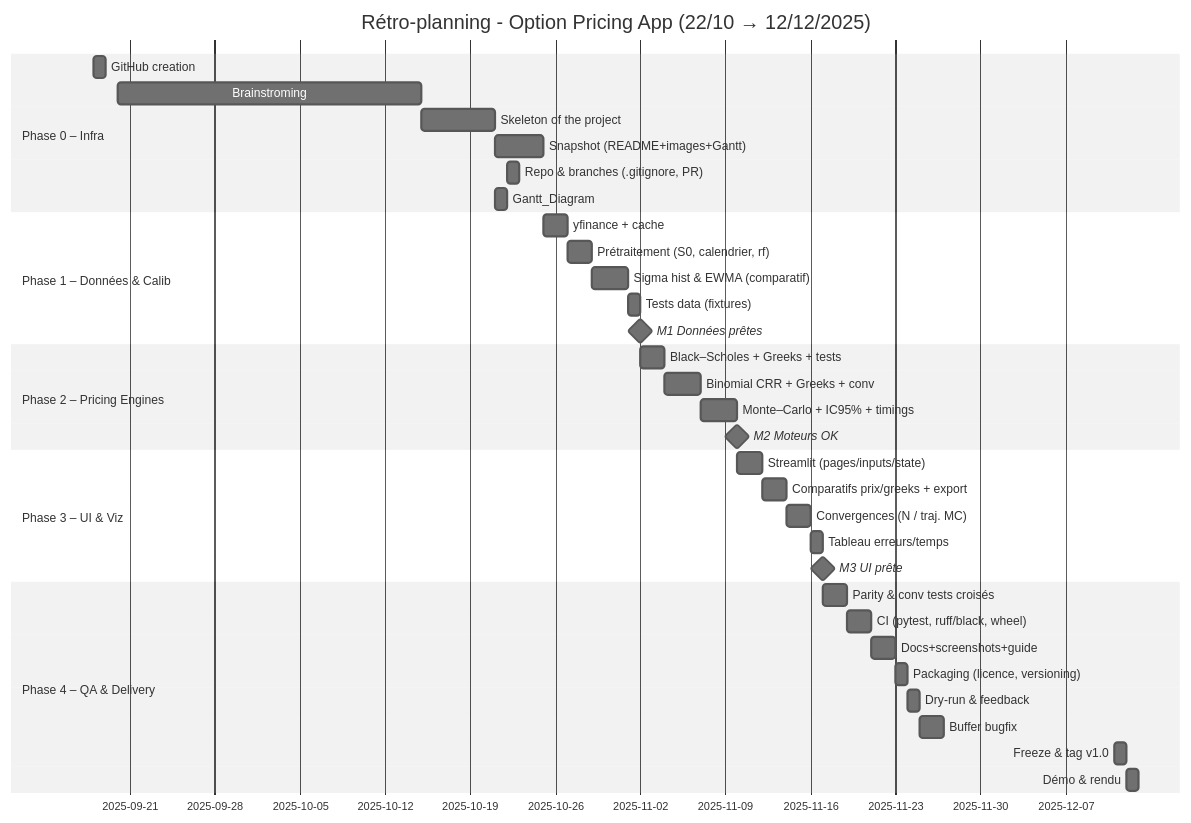
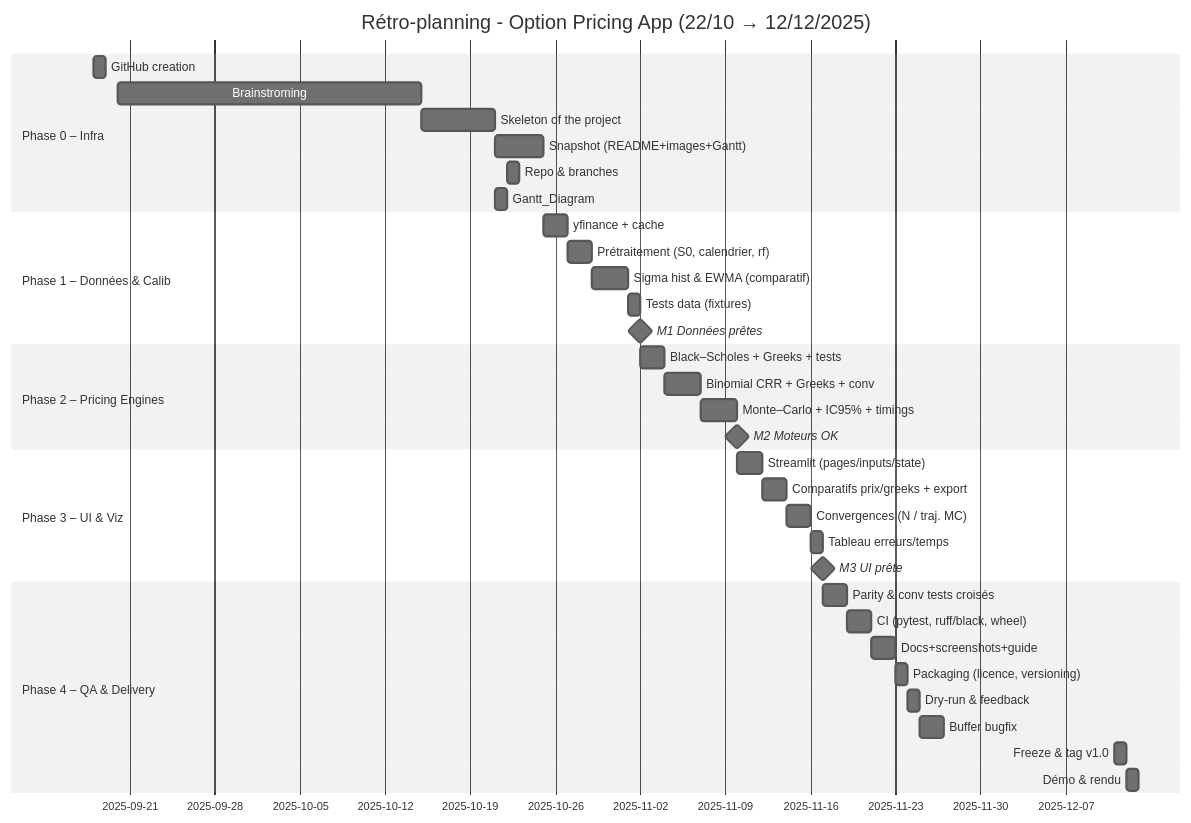
The diagram in roadmap/Gantt_Diagram.md (Karam-Benameur/stream_options), drawn with Mermaid (neutral theme) before and after one commit.

````diff
--- a/roadmap/Gantt_Diagram.md
+++ b/roadmap/Gantt_Diagram.md
@@ -1,46 +1,45 @@
 ```mermaid
 gantt
     title Rétro-planning - Option Pricing App (22/10 → 12/12/2025)
     dateFormat  YYYY-MM-DD
-    %% aucune exclusion -> pas de bandes jaunes
 
     section Phase 0 – Infra
     GitHub creation                     :s1, 2025-09-18, 1d
     Brainstroming                       :s2, 2025-09-20, 25d
     Skeleton of the project             :s3, 2025-10-15, 6d
     Snapshot (README+images+Gantt)      :s4, 2025-10-21, 4d
-    Repo & branches (.gitignore, PR)    :s5, 2025-10-22, 1d
+    Repo & branches                     :s5, 2025-10-22, 1d
     Gantt_Diagram                       :s6, 2025-10-21, 1d
 
     section Phase 1 – Données & Calib
     yfinance + cache                     :d1, after s4, 2d
     Prétraitement (S0, calendrier, rf)   :d2, after d1, 2d
     Sigma hist & EWMA (comparatif)       :d3, after d2, 3d
     Tests data (fixtures)                :d4, after d3, 1d
     M1 Données prêtes                    :milestone, m1, after d4, 0d
 
     section Phase 2 – Pricing Engines
     Black–Scholes + Greeks + tests       :p1, after m1, 2d
     Binomial CRR + Greeks + conv         :p2, after p1, 3d
     Monte–Carlo + IC95% + timings        :p3, after p2, 3d
     M2 Moteurs OK                        :milestone, m2, after p3, 0d
 
     section Phase 3 – UI & Viz
     Streamlit (pages/inputs/state)       :u1, after m2, 2d
     Comparatifs prix/greeks + export     :u2, after u1, 2d
     Convergences (N / traj. MC)          :u3, after u2, 2d
     Tableau erreurs/temps                :u4, after u3, 1d
     M3 UI prête                          :milestone, m3, after u4, 0d
 
     section Phase 4 – QA & Delivery
     Parity & conv tests croisés          :q1, after m3, 2d
     CI (pytest, ruff/black, wheel)       :q2, after q1, 2d
     Docs+screenshots+guide               :q3, after q2, 2d
     Packaging (licence, versioning)      :q4, after q3, 1d
     Dry-run & feedback                   :q5, after q4, 1d
     Buffer bugfix                        :q6, after q5, 2d
     Freeze & tag v1.0                    :rel, 2025-12-11, 1d
     Démo & rendu                         :fin, 2025-12-12, 1d
 
 
 ```
````
